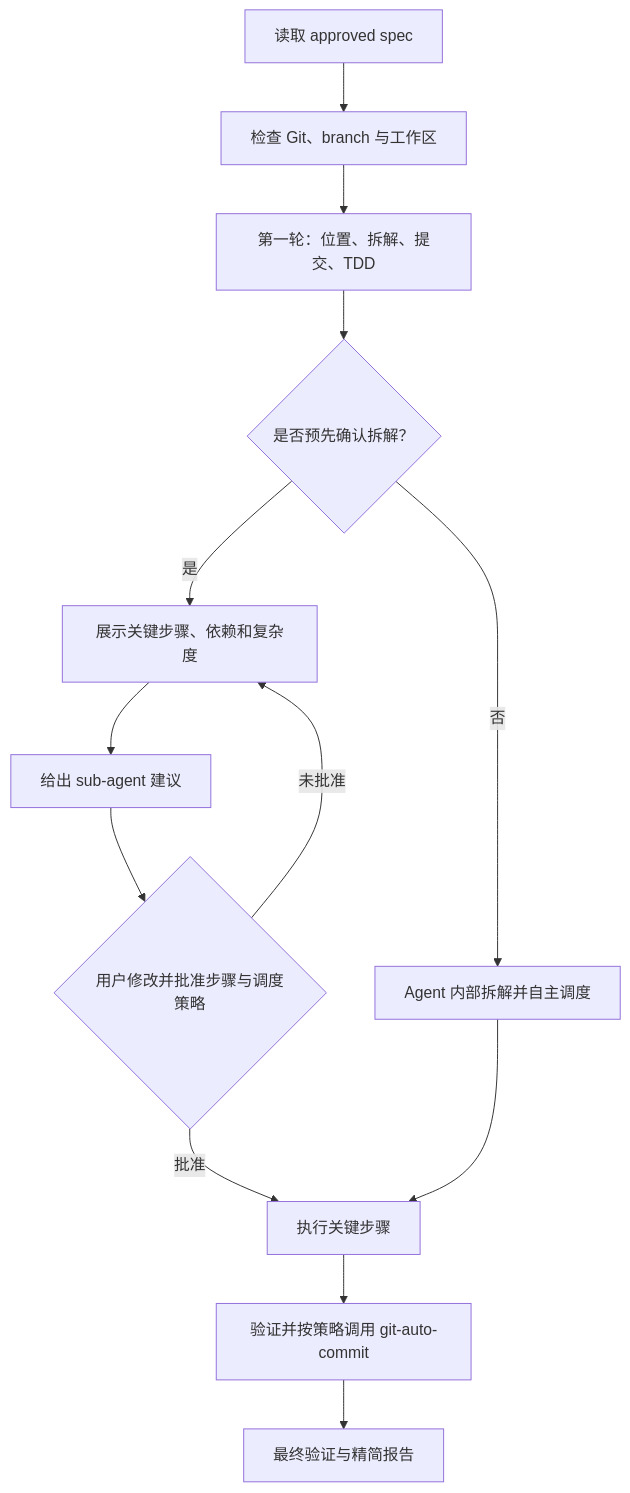
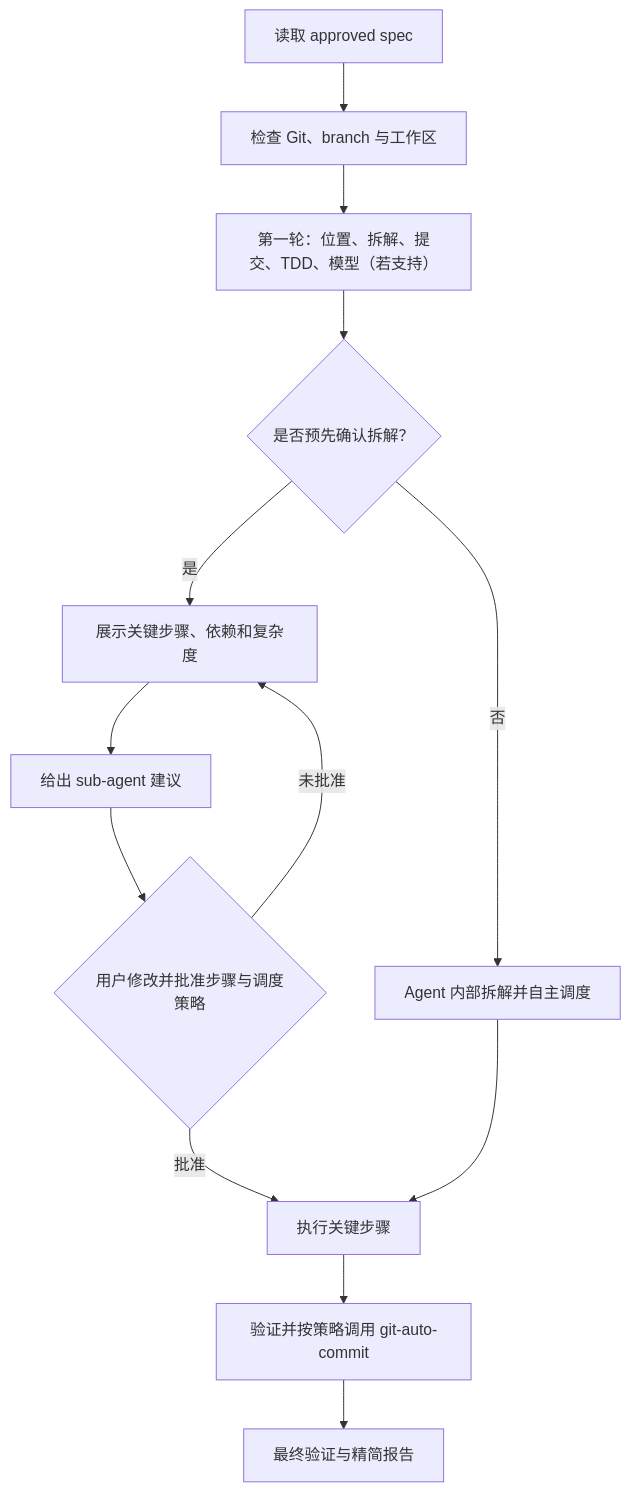
The fourth of 4 diagrams in docs/wiki.md (cmstar/hyperpowers-skills), drawn with Mermaid before and after one commit. The commit also changed other lines of this file and 2 other files, not shown here.

````diff
--- a/docs/wiki.md
+++ b/docs/wiki.md
@@ -401,15 +423,15 @@
 ```mermaid
 flowchart TD
     S["读取 approved spec"] --> G["检查 Git、branch 与工作区"]
-    G --> C["第一轮：位置、拆解、提交、TDD"]
+    G --> C["第一轮：位置、拆解、提交、TDD、模型（若支持）"]
     C --> D{"是否预先确认拆解？"}
     D -->|"否"| A["Agent 内部拆解并自主调度"]
     D -->|"是"| L["展示关键步骤、依赖和复杂度"]
     L --> R["给出 sub-agent 建议"]
     R --> U{"用户修改并批准步骤与调度策略"}
     U -->|"未批准"| L
     U -->|"批准"| E["执行关键步骤"]
     A --> E
     E --> V["验证并按策略调用 git-auto-commit"]
     V --> F["最终验证与精简报告"]
 ```
````
